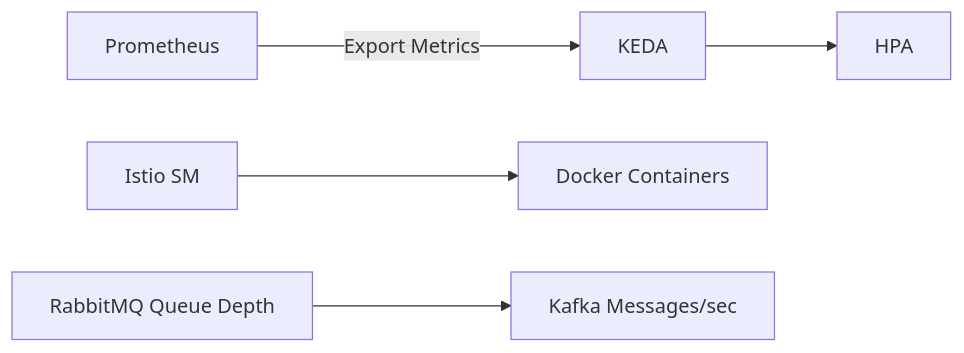
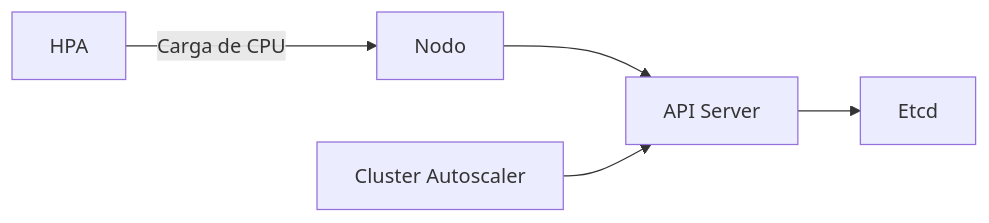
One commit to Joaquinriosheredia/DAM-Java-Mastery changed the second of 3 diagrams in Otros_Activos_Mastery/kubernetes:_auto-escalado_y_service_mesh_en_2026_STAFF.md. Above: the diagram before and after it, drawn with Mermaid. The commit also changed other lines of this file, not shown here.

````diff
--- a/Otros_Activos_Mastery/kubernetes:_auto-escalado_y_service_mesh_en_2026_STAFF.md
+++ b/Otros_Activos_Mastery/kubernetes:_auto-escalado_y_service_mesh_en_2026_STAFF.md
@@ -100,7 +139,7 @@
 ```mermaid
 graph LR;
-    A[Prometheus] -->|Export Metrics| B[KEDA];
-    B --> C[HPA];
-    D[Istio SM] --> E[Docker Containers];
-    F[RabbitMQ Queue Depth] --> G[Kafka Messages/sec];
+    A[HPA] -->|Carga de CPU| B[Nodo];
+    B --> C[API Server];
+    D[Cluster Autoscaler] --> C;
+    C --> E[Etcd];
 ```
````
